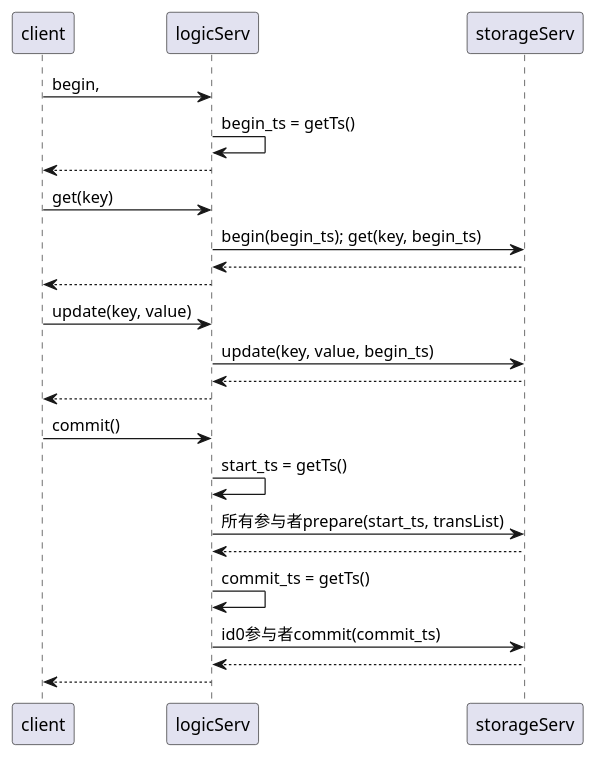
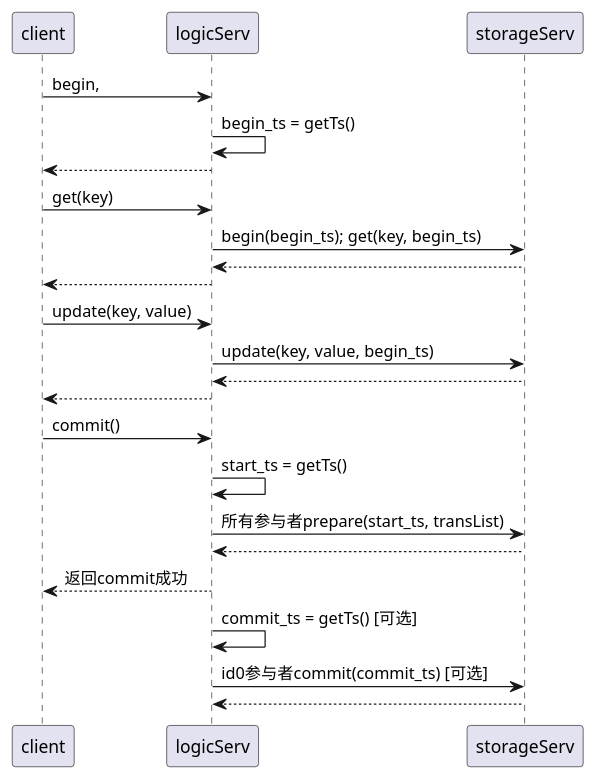
The first of 2 diagrams in design.puml (hyj0/2pc), drawn with PlantUML before and after one commit. The commit also changed 3 other files, not shown here.

```diff
--- a/design.puml
+++ b/design.puml
@@ -1,29 +1,30 @@
 @startuml
 '方案1
 
 client -> logicServ: begin,
 logicServ -> logicServ:begin_ts = getTs()
 'logicServ -> storageServ:
 logicServ -->client:
 
 client->logicServ:get(key)
 logicServ->storageServ:begin(begin_ts); get(key, begin_ts)
 storageServ --> logicServ:
 logicServ --> client:
 
 client -> logicServ: update(key, value)
 logicServ -> storageServ:update(key, value, begin_ts)
 storageServ --> logicServ:
 client <-- logicServ:
 
 client -> logicServ: commit()
 logicServ -> logicServ:start_ts = getTs()
 logicServ -> storageServ:所有参与者prepare(start_ts, transList)
 storageServ-->logicServ:
-logicServ -> logicServ:commit_ts = getTs()
-logicServ->storageServ:id0参与者commit(commit_ts)
+logicServ-->client:返回commit成功
+
+logicServ -> logicServ:commit_ts = getTs() [可选]
+logicServ->storageServ:id0参与者commit(commit_ts) [可选]
 storageServ-->logicServ:
-logicServ-->client:
 
 
 @enduml
```
